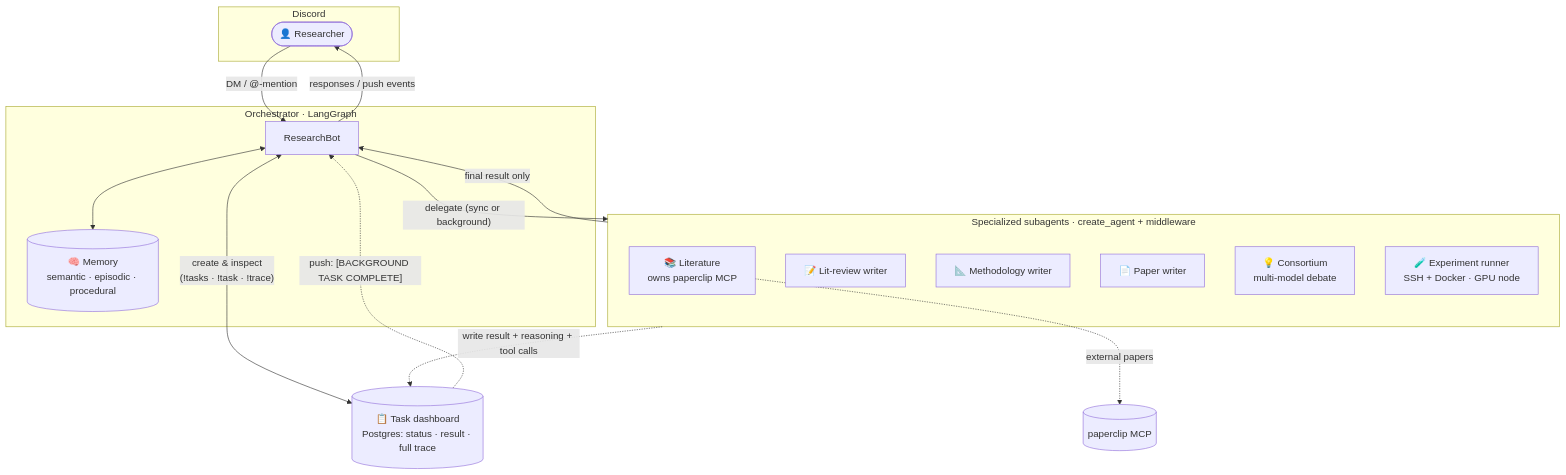
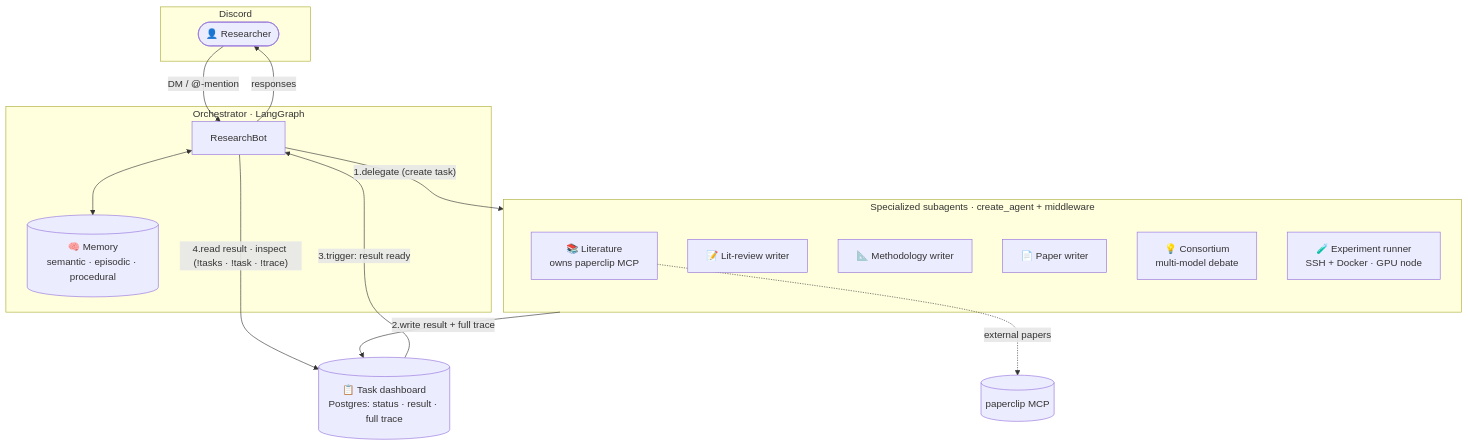
One commit to makhanov-nu/research_agent changed the diagram in README.md. Above: the diagram before and after it, drawn with Mermaid. The commit also changed other lines of this file and 3 other files, not shown here.

````diff
--- a/README.md
+++ b/README.md
@@ -61,34 +61,33 @@
 ```mermaid
 flowchart TB
     you([👤 Researcher])
 
     subgraph discord [Discord]
         you
     end
 
     subgraph orch [Orchestrator · LangGraph]
         bot[ResearchBot]
         mem[(🧠 Memory<br/>semantic · episodic · procedural)]
         bot <--> mem
     end
 
     dash[(📋 Task dashboard<br/>Postgres: status · result · full trace)]
 
     subgraph subs [Specialized subagents · create_agent + middleware]
         lit[📚 Literature<br/>owns paperclip MCP]
         review[📝 Lit-review writer]
         method[📐 Methodology writer]
         paper[📄 Paper writer]
         cons[💡 Consortium<br/>multi-model debate]
         exp[🧪 Experiment runner<br/>SSH + Docker · GPU node]
     end
 
     you -- DM / @-mention --> bot
-    bot -- "delegate (sync or background)" --> subs
-    subs -- "final result only" --> bot
-    bot -- responses / push events --> you
-    bot <-- "create & inspect<br/>(!tasks · !task · !trace)" --> dash
-    subs -. "write result + reasoning + tool calls" .-> dash
-    dash -. "push: [BACKGROUND TASK COMPLETE]" .-> bot
+    bot -- responses --> you
+    bot -- "1.delegate (create task)" --> subs
+    subs -- "2.write result + full trace" --> dash
+    dash -- "3.trigger: result ready" --> bot
+    bot -- "4.read result · inspect (!tasks · !task · !trace)" --> dash
     lit -. external papers .-> paperclip[(paperclip MCP)]
 ```
````
